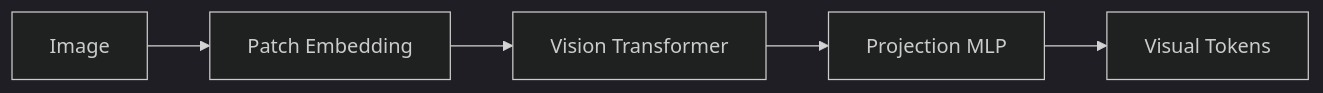
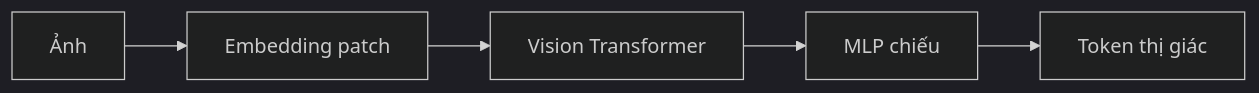
The fourth of 7 diagrams in docs/research_finding/01-gwen/broad_overview/LLM_VLM/llm_vlm_difference.md (cycler04/VinRobotics-VLA), drawn with Mermaid (dark theme) before and after one commit. The commit also changed other lines of this file and 79 other files, not shown here.

````diff
--- a/docs/research_finding/01-gwen/broad_overview/LLM_VLM/llm_vlm_difference.md
+++ b/docs/research_finding/01-gwen/broad_overview/LLM_VLM/llm_vlm_difference.md
@@ -74,8 +74,8 @@
 ```mermaid
 flowchart LR
-    IMG[Image]
-    IMG --> P[Patch Embedding]
+    IMG[Ảnh]
+    IMG --> P[Embedding patch]
     P --> VIT[Vision Transformer]
-    VIT --> PROJ[Projection MLP]
-    PROJ --> TOK[Visual Tokens]
+    VIT --> PROJ[MLP chiếu]
+    PROJ --> TOK[Token thị giác]
 ```
````
